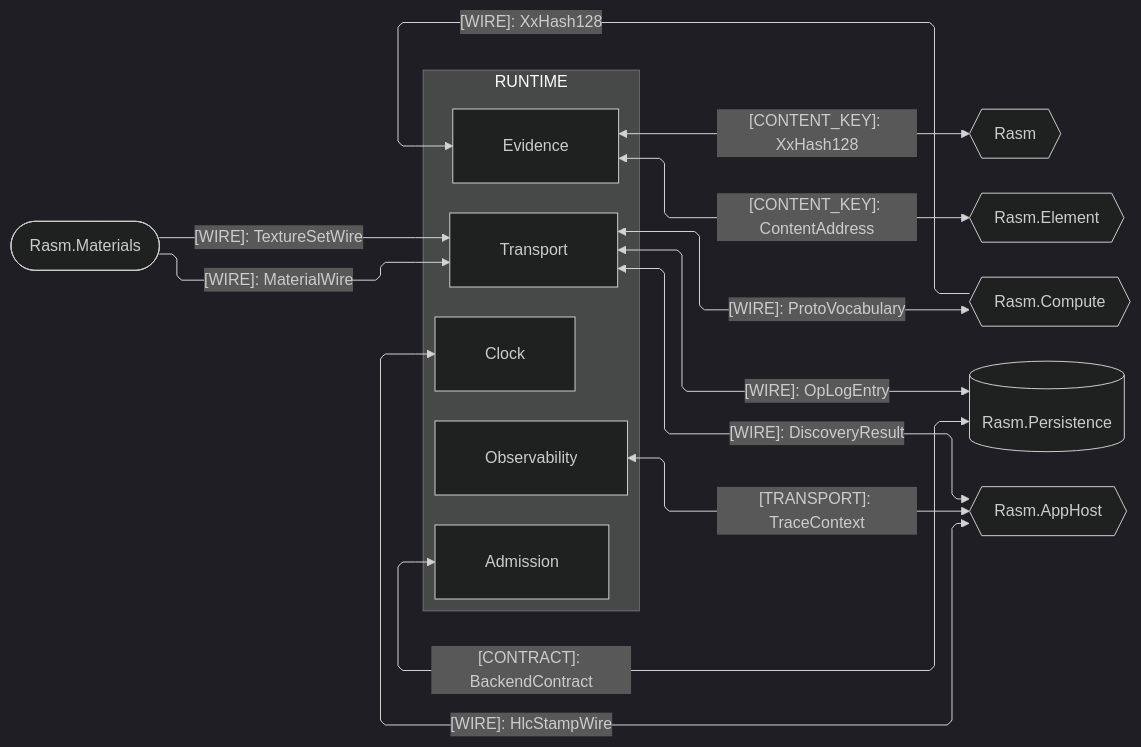
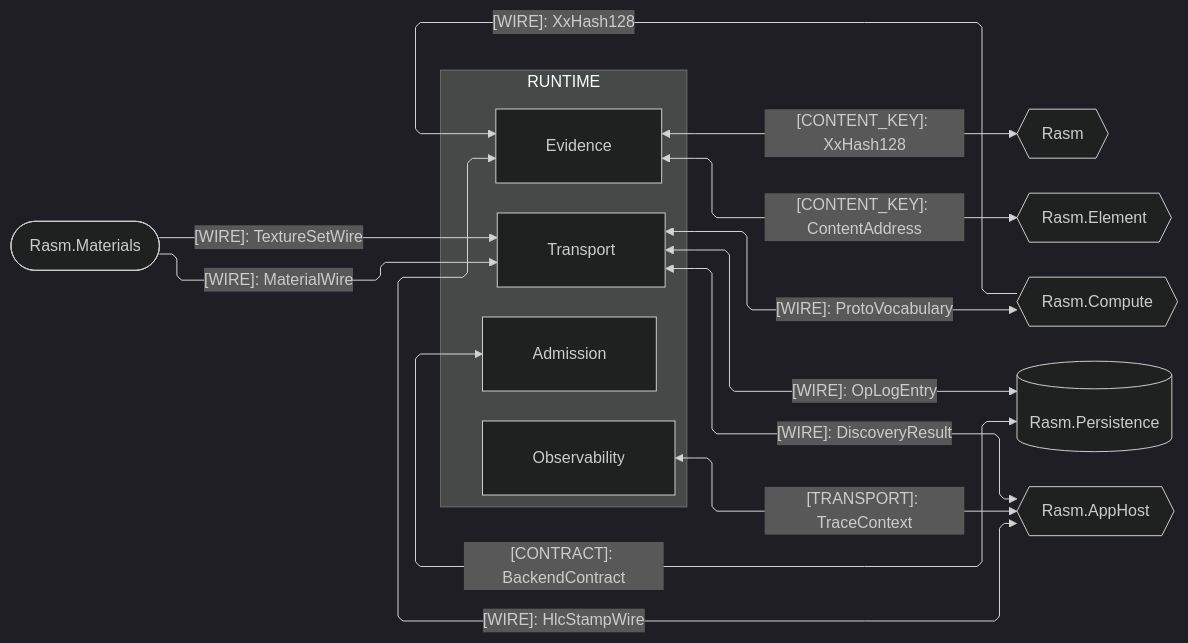
Before and after one commit to bsamiee/Rasm: the second of 3 diagrams in libs/python/runtime/ARCHITECTURE.md, drawn with Mermaid (dark theme). The commit also changed other lines of this file and 168 other files, not shown here.

````diff
--- a/libs/python/runtime/ARCHITECTURE.md
+++ b/libs/python/runtime/ARCHITECTURE.md
@@ -126,36 +125,35 @@
 ```mermaid
 ---
 config:
   layout: elk
   flowchart:
     curve: linear
     padding: 25
 ---
 flowchart LR
     accTitle: Runtime C# platform and kernel seams
     accDescr: Runtime sub-domain owners exchanging content keys, wire codecs, gRPC transport, and clock stamps with the C# peers.
     subgraph runtime[RUNTIME]
         Evidence[Evidence]
         Admission[Admission]
         Transport[Transport]
         Observability[Observability]
-        Clock[Clock]
     end
     Rasm{{Rasm}}
     Element{{Rasm.Element}}
     Compute{{Rasm.Compute}}
     Persistence[(Rasm.Persistence)]
     AppHost{{Rasm.AppHost}}
     Materials([Rasm.Materials])
     Materials e10@-->|"[WIRE]: MaterialWire"| Transport
     Materials e29@-->|"[WIRE]: TextureSetWire"| Transport
     Evidence e1@<-->|"[CONTENT_KEY]: XxHash128"| Rasm
     Evidence e2@<-->|"[CONTENT_KEY]: ContentAddress"| Element
     Compute e3@-->|"[WIRE]: XxHash128"| Evidence
     Transport e4@<-->|"[WIRE]: ProtoVocabulary"| Compute
     Transport e5@<-->|"[WIRE]: OpLogEntry"| Persistence
     Persistence e9@<-->|"[CONTRACT]: BackendContract"| Admission
     Transport e6@<-->|"[WIRE]: DiscoveryResult"| AppHost
     Observability e7@<-->|"[TRANSPORT]: TraceContext"| AppHost
-    AppHost e8@<-->|"[WIRE]: HlcStampWire"| Clock
+    AppHost e8@<-->|"[WIRE]: HlcStampWire"| Evidence
 ```
````
